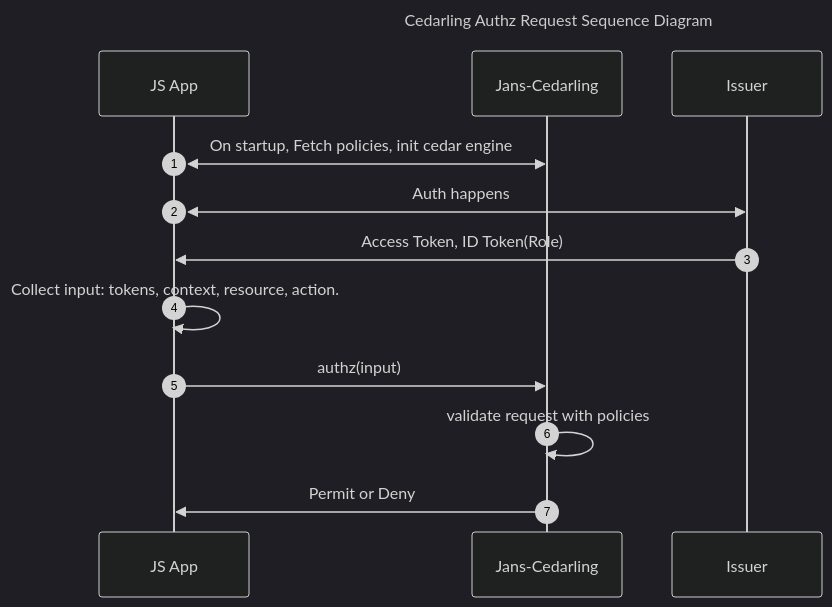
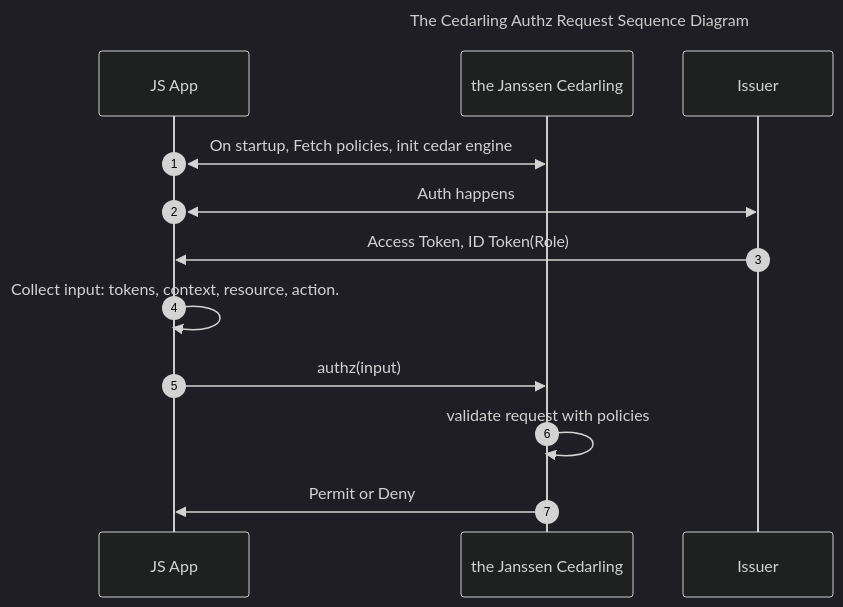
The diagram in cedarling/react/react-cedarling-rbac-integration-authorization.md (GluuFederation/tutorials), drawn with Mermaid (dark theme) before and after one commit. The commit also changed other lines of this file, not shown here.

````diff
--- a/cedarling/react/react-cedarling-rbac-integration-authorization.md
+++ b/cedarling/react/react-cedarling-rbac-integration-authorization.md
@@ -45,18 +45,18 @@
 ```mermaid
 sequenceDiagram
 
-title Cedarling Authz Request Sequence Diagram
+title The Cedarling Authz Request Sequence Diagram
 
 participant jsapp as JS App
-participant cedarling as Jans-Cedarling
+participant cedarling as the Janssen Cedarling
 participant op as Issuer
 
 autonumber
 jsapp<<->>cedarling: On startup, Fetch policies, init cedar engine
 jsapp<<->>op: Auth happens
 op->>jsapp: Access Token, ID Token(Role)
 jsapp->>jsapp: Collect input: tokens, context, resource, action.
 jsapp->>cedarling: authz(input)
 cedarling->>cedarling: validate request with policies
 cedarling->>jsapp: Permit or Deny
 ```
````
